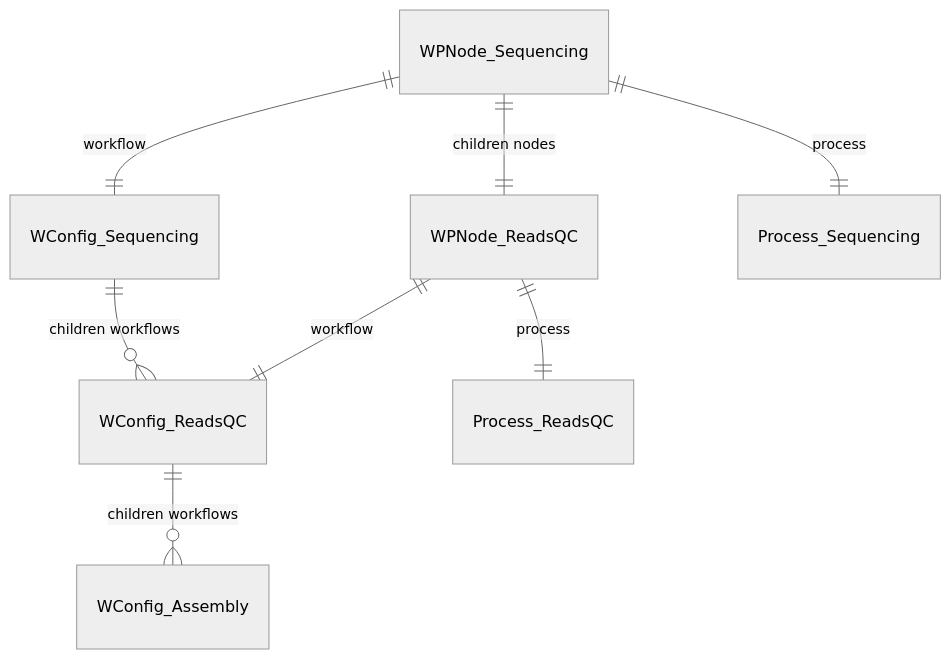
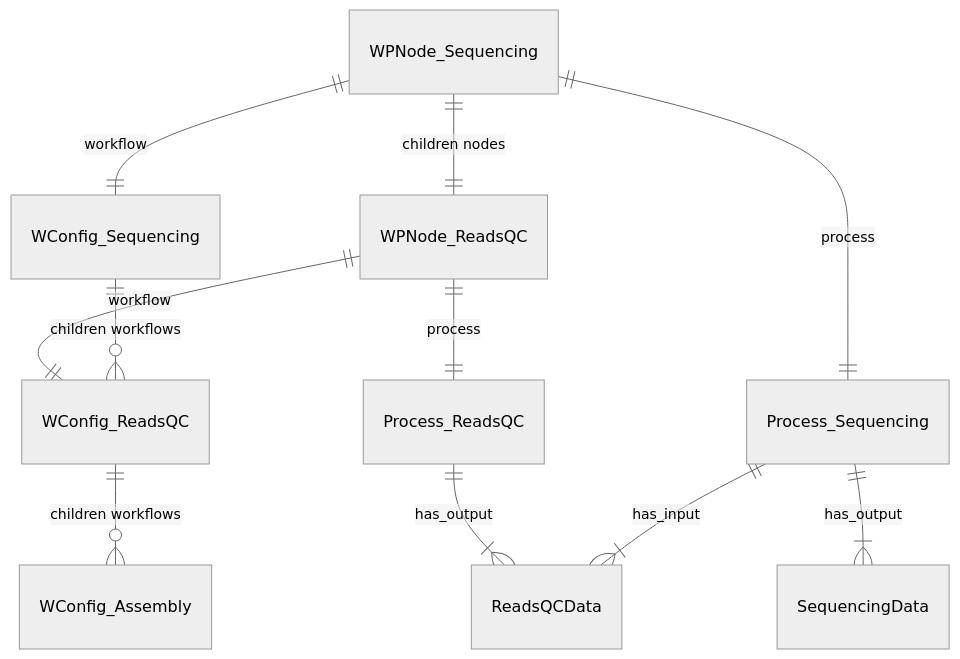
The second of 2 diagrams in README.md (microbiomedata/nmdc-edge), drawn with Mermaid (neutral theme) before and after one commit.

Commit message:
update diagram

````diff
--- a/README.md
+++ b/README.md
@@ -47,10 +47,13 @@
 ```mermaid
 erDiagram
     WPNode_Sequencing ||--|| WPNode_ReadsQC: "children nodes"
     WPNode_Sequencing ||--|| WConfig_Sequencing: "workflow"
     WConfig_Sequencing ||--o{ WConfig_ReadsQC: "children workflows"
     WPNode_Sequencing ||--|| Process_Sequencing: "process"
+    Process_Sequencing ||-- |{ SequencingData: "has_output"
     WPNode_ReadsQC ||--|| Process_ReadsQC: "process"
+    Process_Sequencing ||--|{ ReadsQCData: "has_input"
+    Process_ReadsQC ||-- |{ ReadsQCData: "has_output"
     WPNode_ReadsQC ||--|| WConfig_ReadsQC: "workflow"
     WConfig_ReadsQC ||--o{ WConfig_Assembly: "children workflows"
 ```
````
